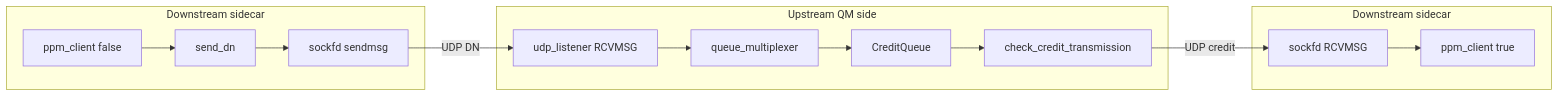
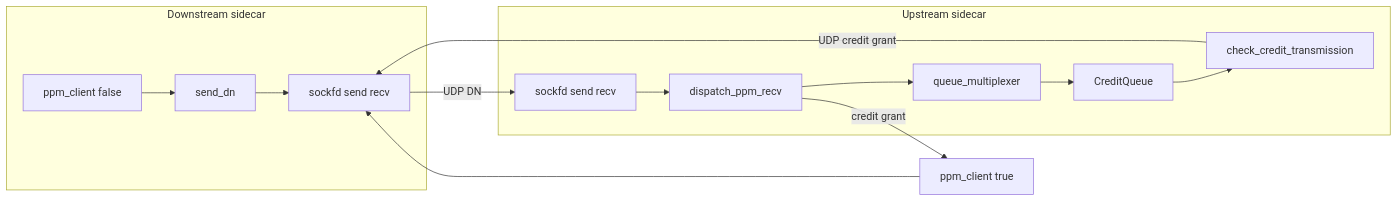
Before and after one commit to roshanfer-project/roshanfer-sidecar: the diagram in docs/udp_ppm_internals.md, drawn with Mermaid. The commit also changed other lines of this file and 12 other files, not shown here.

````diff
--- a/docs/udp_ppm_internals.md
+++ b/docs/udp_ppm_internals.md
@@ -53,23 +67,22 @@
 ```mermaid
 flowchart LR
-  subgraph clientSide [Downstream sidecar]
+  subgraph downstream [Downstream sidecar]
     ppmClient[ppm_client false]
     sendDn[send_dn]
-    sockTx[sockfd sendmsg]
+    sockIO[sockfd send recv]
   end
-  subgraph listenerSide [Upstream QM side]
-    udpIn[udp_listener RCVMSG]
+  subgraph upstream [Upstream sidecar]
+    sockIO2[sockfd send recv]
+    dispatch[dispatch_ppm_recv]
     qm[queue_multiplexer]
     cq[CreditQueue]
     checkTx[check_credit_transmission]
   end
-  subgraph creditBack [Downstream sidecar]
-    sockRx[sockfd RCVMSG]
-    ppmTrue[ppm_client true]
-  end
-  ppmClient --> sendDn --> sockTx
-  sockTx -->|UDP DN| udpIn
-  udpIn --> qm --> cq --> checkTx
-  checkTx -->|UDP credit| sockRx
-  sockRx --> ppmTrue
+  ppmClient --> sendDn --> sockIO
+  sockIO -->|UDP DN| sockIO2
+  sockIO2 --> dispatch
+  dispatch --> qm --> cq --> checkTx
+  checkTx -->|UDP credit grant| sockIO
+  dispatch -->|credit grant| ppmTrue[ppm_client true]
+  ppmTrue --> sockIO
 ```
````
